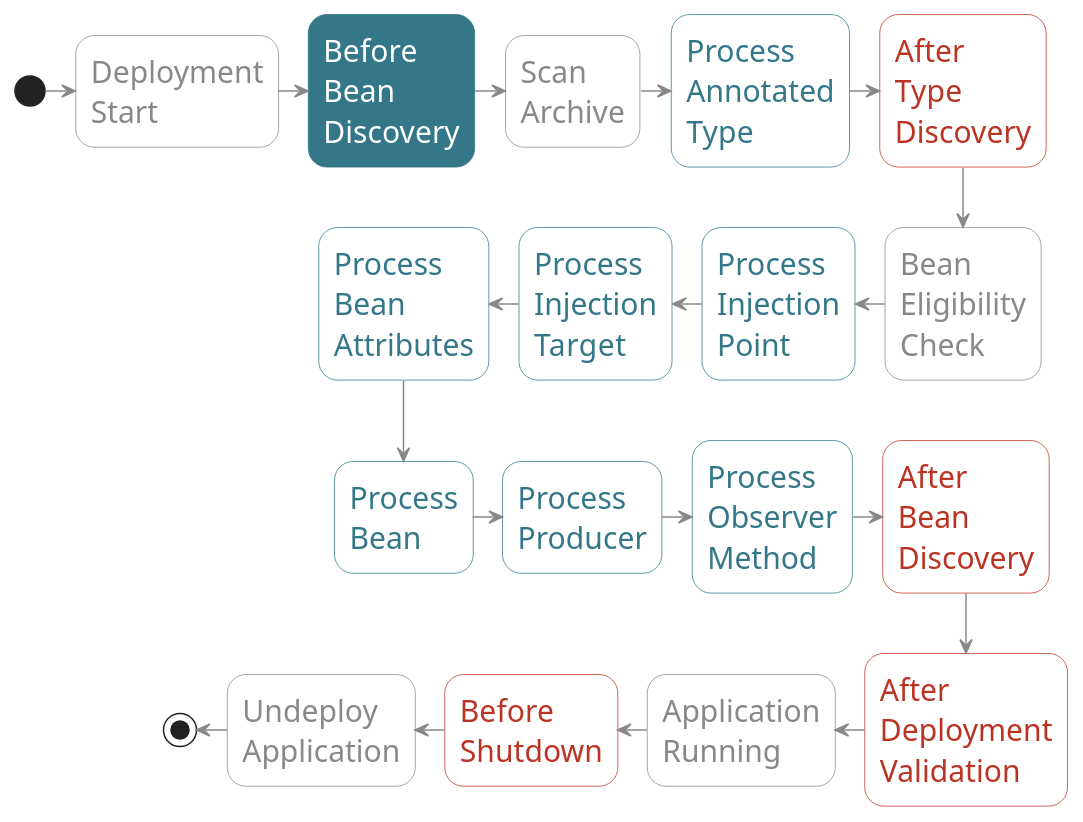
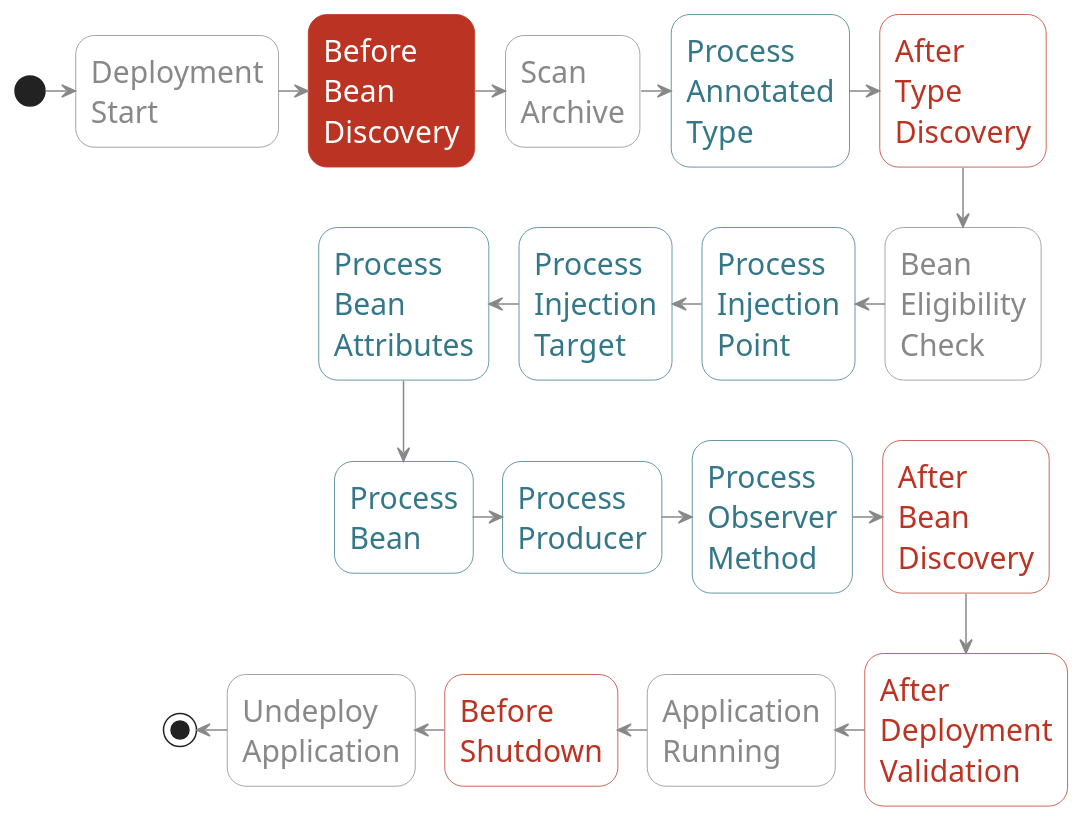
The first of 2 diagrams in parts/metrics.adoc (astefanutti/further-cdi), drawn with PlantUML before and after one commit. The commit also changed other lines of this file and 1 other file, not shown here.

```diff
--- a/parts/metrics.adoc
+++ b/parts/metrics.adoc
@@ -289,50 +294,54 @@
-[plantuml, "lifecycle-pat", "svg", height="85%", width="95%"]
+[plantuml, "lifecycle-BBD", "svg", height="85%", width="95%"]
 ----
 @startuml
 
 skinparam shadowing false
 skinparam backgroundColor transparent
 skinparam defaultFontName Consolas
 
 skinparam activity {
   FontSize 20
   FontName Consolas
   FontColor #337788
   ArrowColor #888888
   BorderColor #337788
   BackgroundColor #white
 
   FontColor<< Internal >> #888888
   BorderColor<< Internal >> #888888
   BackgroundColor<< Internal >> #white
 
   FontColor<< Once >> #BB3322
   BorderColor<< Once >> #BB3322
   BackgroundColor<< Once >> #white
 
   FontColor<< Highlight >> white
   BorderColor<< Highlight >> #337788
   BackgroundColor<< Highlight >> #337788
+
+  FontColor<< Highlightonce >> white
+  BorderColor<< Highlightonce >> #BB3322
+  BackgroundColor<< Highlightonce >> #BB3322
 }
 
 (*) -right-> "Deployment\nStart" << Internal >>
--right-> "Before\nBean\nDiscovery" <<Highlight>>
+-right-> "Before\nBean\nDiscovery" <<Highlightonce>>
 -right-> "Scan\nArchive" << Internal >>
 -right-> "Process\nAnnotated\nType"
 -right-> "After\nType\nDiscovery" << Once >>
 -down-> "Bean\nEligibility\nCheck" << Internal >>
 -left-> "Process\nInjection\nPoint"
 -left-> "Process\nInjection\nTarget"
 -left-> "Process\nBean\nAttributes"
 -down-> "Process\nBean"
 -right-> "Process\nProducer"
 -right-> "Process\nObserver\nMethod"
 -right-> "After\nBean\nDiscovery" << Once >>
 -down-> "After\nDeployment\nValidation" << Once >>
 -left-> "Application\nRunning" << Internal >>
 -left-> "Before\nShutdown" << Once >>
 -left-> "Undeploy\nApplication" << Internal >>
 -left-> (*)
 
 @enduml
 ----
```
